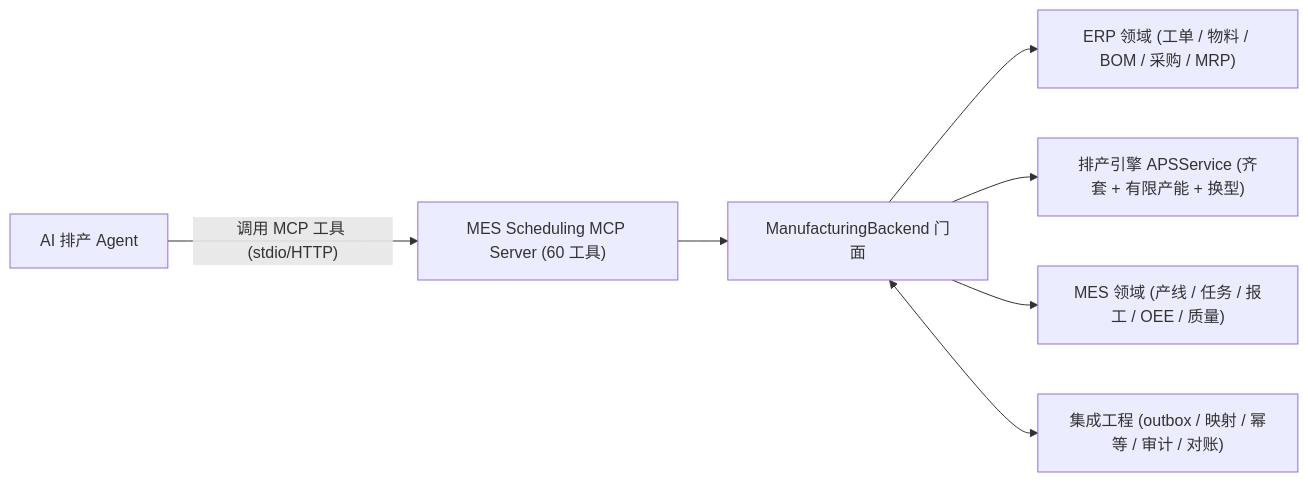
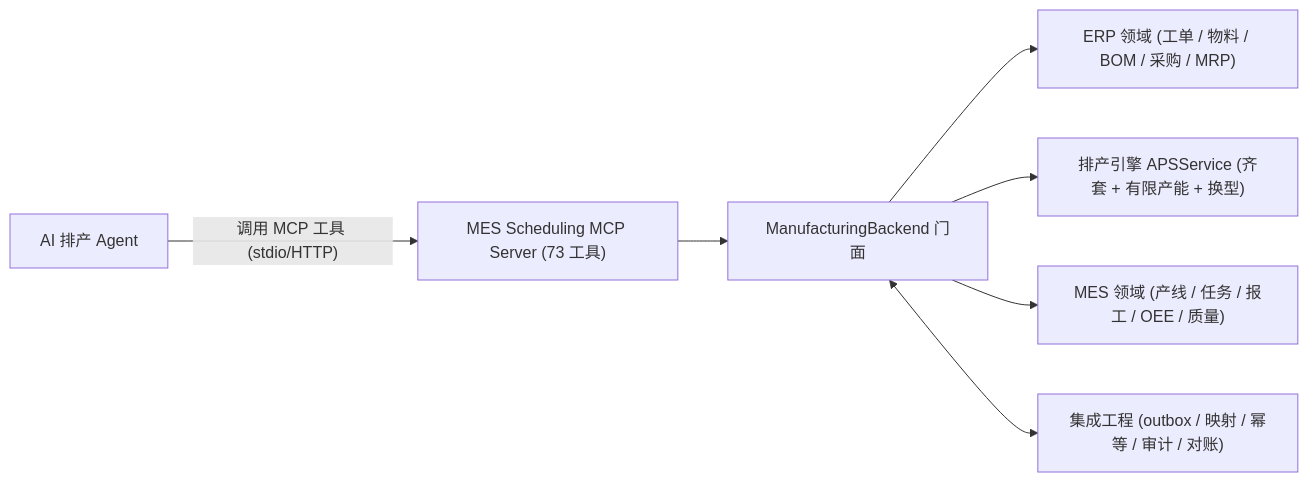
The first of 2 diagrams in README.md (liliangxing/agent), drawn with Mermaid before and after one commit. The commit also changed other lines of this file and 13 other files, not shown here.

````diff
--- a/README.md
+++ b/README.md
@@ -70,16 +70,16 @@
 ```mermaid
 flowchart LR
     A["AI 排产 Agent"]
-    S["MES Scheduling MCP Server (60 工具)"]
+    S["MES Scheduling MCP Server (73 工具)"]
     B["ManufacturingBackend 门面"]
     ER["ERP 领域 (工单 / 物料 / BOM / 采购 / MRP)"]
     AP["排产引擎 APSService (齐套 + 有限产能 + 换型)"]
     ME["MES 领域 (产线 / 任务 / 报工 / OEE / 质量)"]
     IG["集成工程 (outbox / 映射 / 幂等 / 审计 / 对账)"]
     A -->|"调用 MCP 工具 (stdio/HTTP)"| S
     S --> B
     B --> ER
     B --> AP
     B --> ME
     B <--> IG
 ```
````
